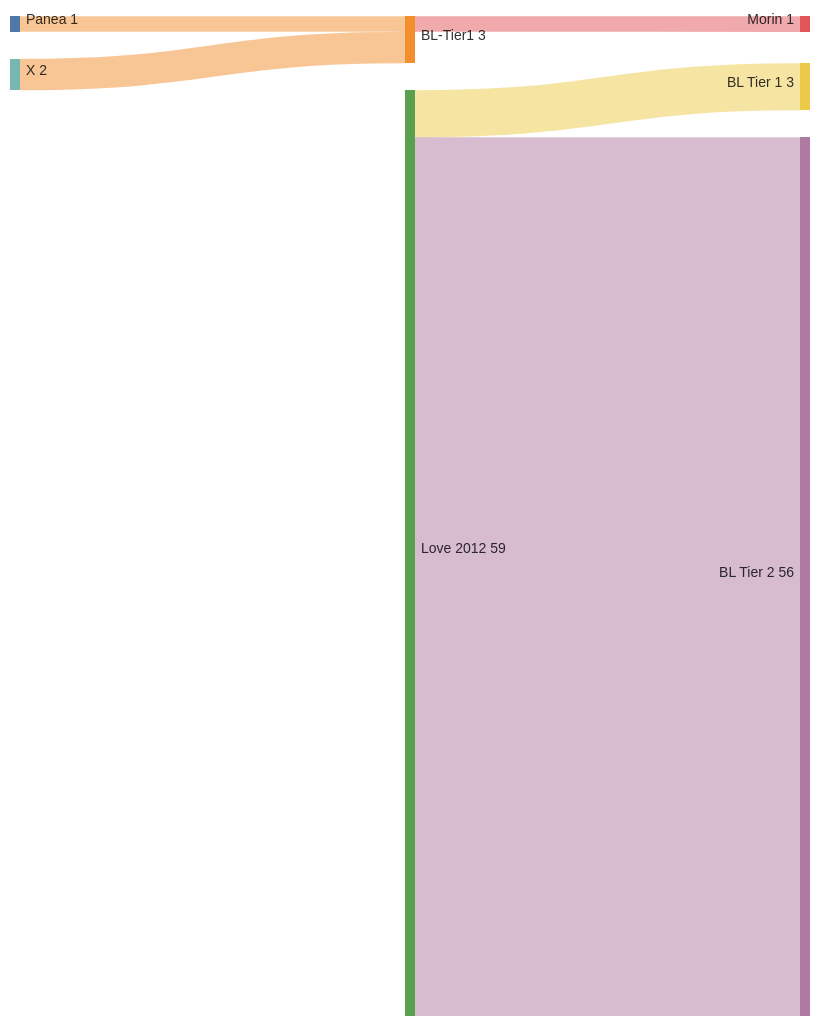
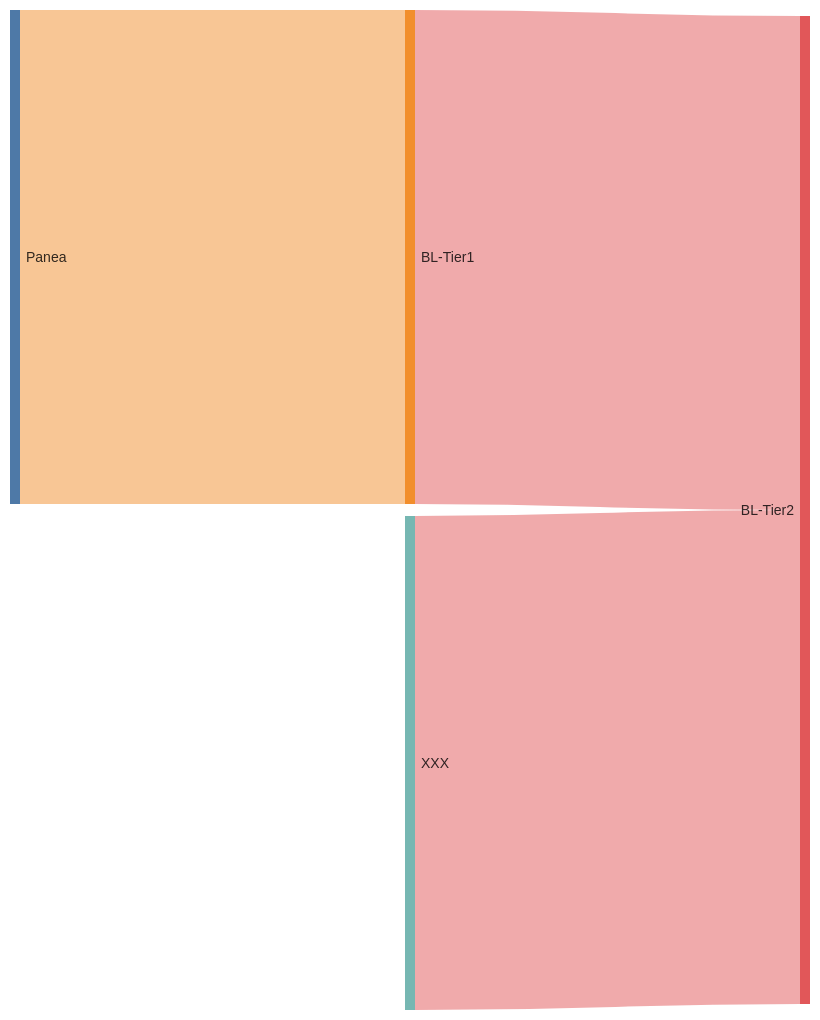
The diagram in sankey_test.md (morinlab/lymphopedia), drawn with Mermaid before and after one commit.

````diff
--- a/sankey_test.md
+++ b/sankey_test.md
@@ -3,17 +3,15 @@
 ```mermaid
 ---
 config:
   sankey:
-    showValues: true
+    showValues: false
     linkColor: target
     width: 800
     height: 1000
     nodeAlignment: right
 ---
 sankey-beta
 Panea, BL-Tier1, 1
-BL-Tier1, Morin, 1
-X, BL-Tier1, 2
-Love 2012, BL Tier 1, 3
-Love 2012, BL Tier 2, 56
+BL-Tier1, BL-Tier2, 1
+XXX, BL-Tier2, 1
 ```
````
